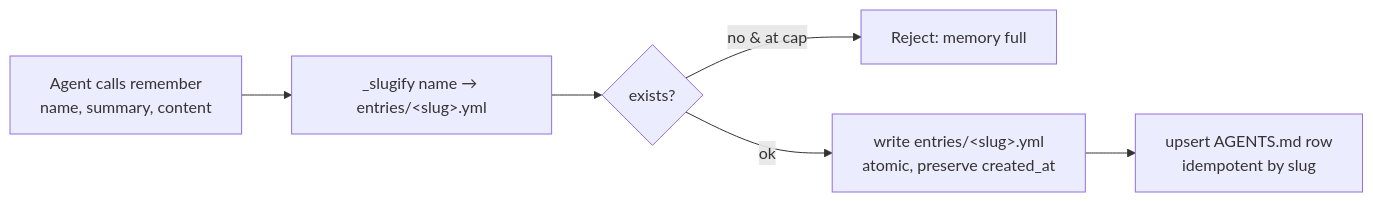
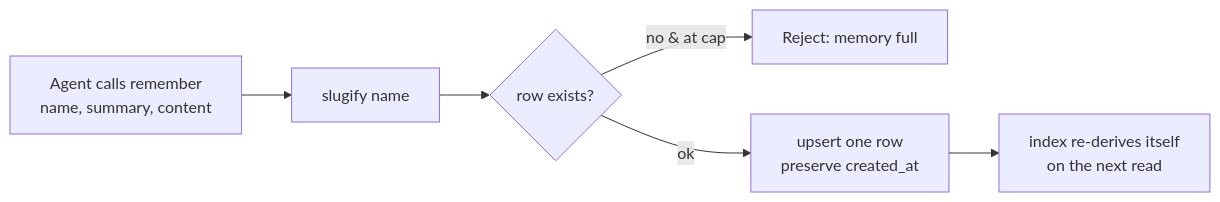
The first of 2 diagrams in docs/flows/agent-memory.md (konstantinosmpouros/mAgenticX), drawn with Mermaid before and after one commit. The commit also changed other lines of this file and 31 other files, not shown here.

Commit message:
feat(agents): move agent memory into agent_runtime behind a virtual /memories/ mount

````diff
--- a/docs/flows/agent-memory.md
+++ b/docs/flows/agent-memory.md
@@ -51,8 +91,8 @@
 ```mermaid
 flowchart LR
-    A[Agent calls remember<br/>name, summary, content] --> B[_slugify name → entries/&lt;slug&gt;.yml]
-    B --> C{exists?}
+    A[Agent calls remember<br/>name, summary, content] --> B[slugify name]
+    B --> C{row exists?}
     C -- no & at cap --> R[Reject: memory full]
-    C -- ok --> D[write entries/&lt;slug&gt;.yml<br/>atomic, preserve created_at]
-    D --> E[upsert AGENTS.md row<br/>idempotent by slug]
+    C -- ok --> D[upsert one row<br/>preserve created_at]
+    D --> E[index re-derives itself<br/>on the next read]
 ```
````
